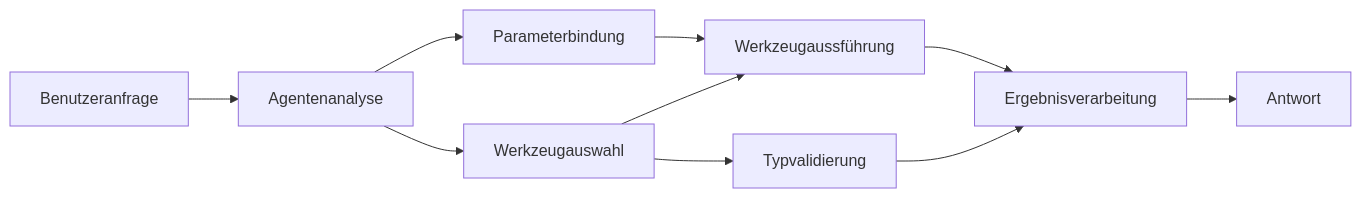
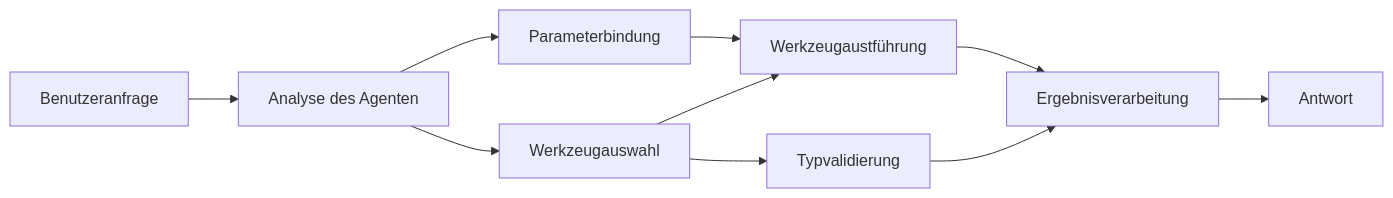
One commit to venturemavenwill/azureaifundamentals changed the diagram in translations/de/04-tool-use/code_samples/04-dotnet-agent-framework.md. Above: the diagram before and after it, drawn with Mermaid. The commit also changed other lines of this file and 2002 other files, not shown here.

````diff
--- a/translations/de/04-tool-use/code_samples/04-dotnet-agent-framework.md
+++ b/translations/de/04-tool-use/code_samples/04-dotnet-agent-framework.md
@@ -40,12 +40,12 @@
 ```mermaid
 graph LR
-    A[Benutzeranfrage] --> B[Agentenanalyse]
+    A[Benutzeranfrage] --> B[Analyse des Agenten]
     B --> C[Werkzeugauswahl]
     C --> D[Typvalidierung]
     B --> E[Parameterbindung]
-    E --> F[Werkzeugaussführung]
+    E --> F[Werkzeugaustführung]
     C --> F
     F --> G[Ergebnisverarbeitung]
     D --> G
     G --> H[Antwort]
 ```
````
